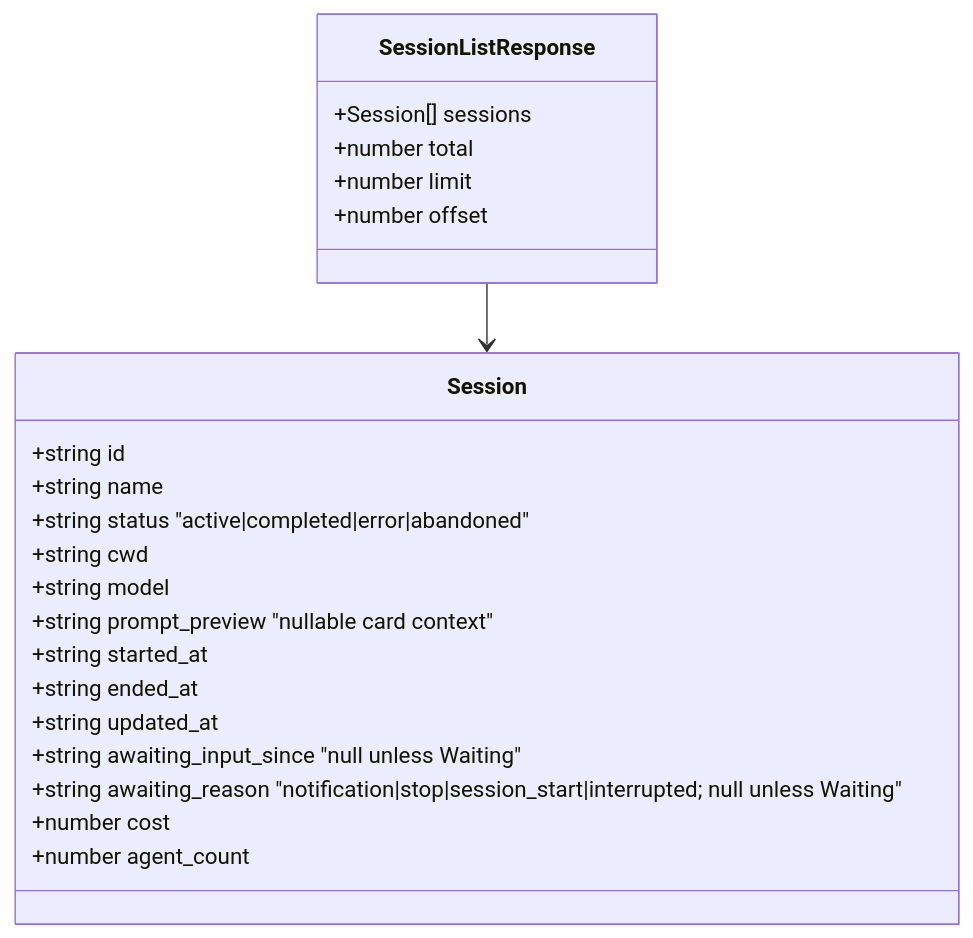
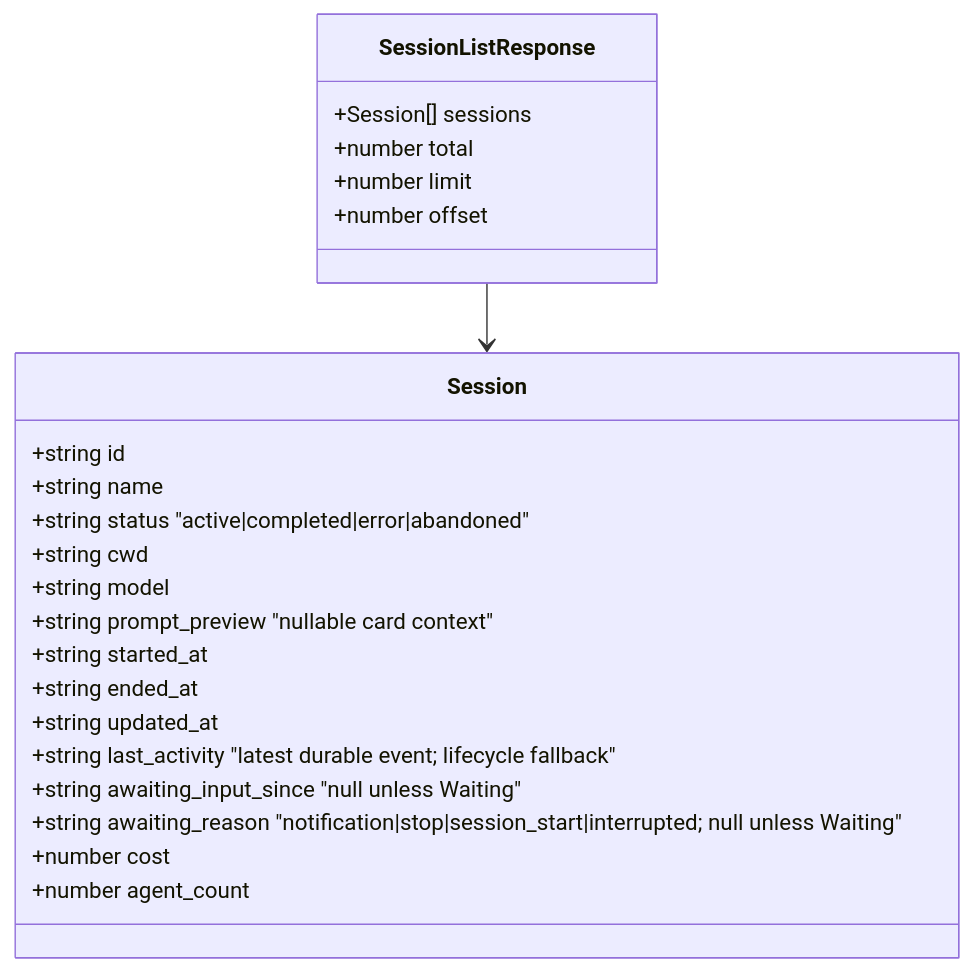
The third of 8 diagrams in docs/API.md (CorentinPa/Claude-Code-Agent-Monitor), drawn with Mermaid before and after one commit. The commit also changed other lines of this file and 15 other files, not shown here.

````diff
--- a/docs/API.md
+++ b/docs/API.md
@@ -169,27 +171,28 @@
 ```mermaid
 classDiagram
     class SessionListResponse {
         +Session[] sessions
         +number total
         +number limit
         +number offset
     }
     
     class Session {
         +string id
         +string name
         +string status "active|completed|error|abandoned"
         +string cwd
         +string model
         +string prompt_preview "nullable card context"
         +string started_at
         +string ended_at
         +string updated_at
+        +string last_activity "latest durable event; lifecycle fallback"
         +string awaiting_input_since "null unless Waiting"
         +string awaiting_reason "notification|stop|session_start|interrupted; null unless Waiting"
         +number cost
         +number agent_count
     }
     
     SessionListResponse --> Session
 ```
````
